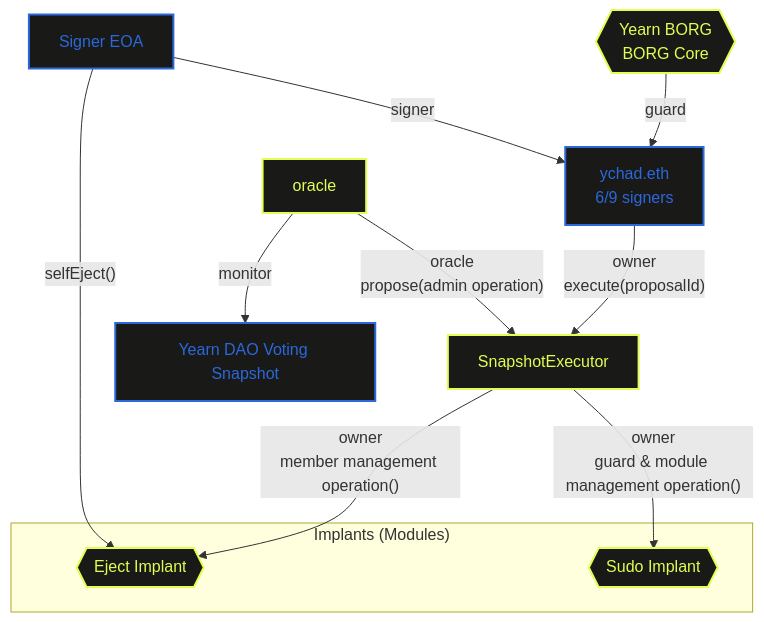
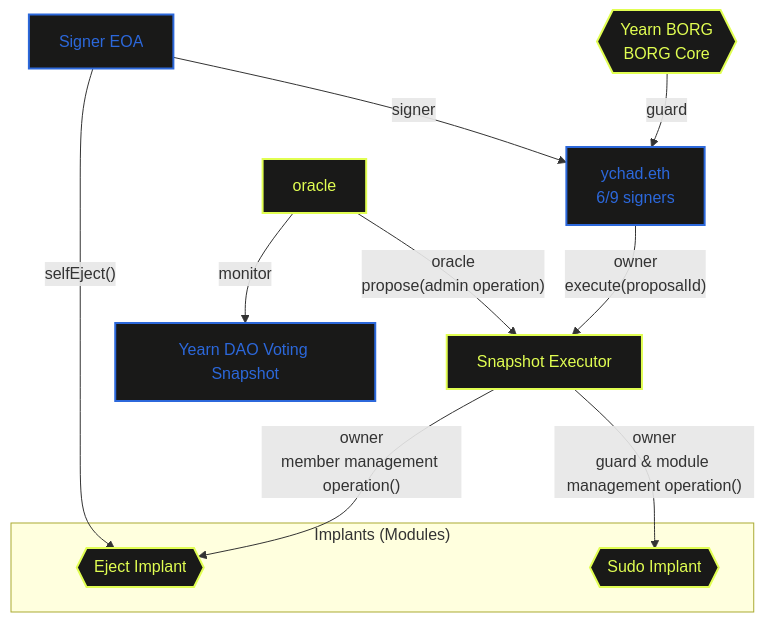
One commit to MetaLex-Tech/borg-core changed the diagram in README-yearnBorg.md. Above: the diagram before and after it, drawn with Mermaid. The commit also changed other lines of this file and 2 other files, not shown here.

````diff
--- a/README-yearnBorg.md
+++ b/README-yearnBorg.md
@@ -5,47 +13,47 @@
 ```mermaid
 graph TD
     ychad[ychad.eth<br/>6/9 signers]
     ychadSigner[Signer EOA]
     yearnDaoVoting[Yearn DAO Voting Snapshot]
     
     oracleAddr[oracle]
     
     borg{{Yearn BORG<br>BORG Core}}
 
     subgraph implants["Implants (Modules)"]
         ejectImplant{{Eject Implant}}
         sudoImplant{{Sudo Implant}}
     end
      
-    snapshotExecutor[SnapshotExecutor]
+    snapshotExecutor[Snapshot Executor]
     
     borg -->|"guard"| ychad
 
     ychad -->|"owner<br>execute(proposalId)"| snapshotExecutor
     
     %% implants -->|modules| ychad
     
     ychadSigner -->|signer| ychad
     ychadSigner -->|"selfEject()"| ejectImplant
 
     oracleAddr -->|"oracle<br>propose(admin operation)"| snapshotExecutor      
     oracleAddr -->|monitor| yearnDaoVoting
     
     snapshotExecutor -->|"owner<br>guard & module management operation()"| sudoImplant
     snapshotExecutor -->|"owner<br>member management operation()"| ejectImplant
     
     %% Styling (optional, Mermaid supports limited styling)
     classDef default fill:#191918,stroke:#fff,stroke-width:2px,color:#fff;
     classDef borg fill:#191918,stroke:#E1FE52,stroke-width:2px,color:#E1FE52;
     classDef yearn fill:#191918,stroke:#2C68DB,stroke-width:2px,color:#2C68DB;
     classDef safe fill:#191918,stroke:#76FB8D,stroke-width:2px,color:#76FB8D;
     classDef todo fill:#191918,stroke:#F09B4A,stroke-width:2px,color:#F09B4A;
     class borg borg;
     class ejectImplant borg;
     class sudoImplant borg;
     class snapshotExecutor borg;
     class oracleAddr borg;
     class ychad yearn;
     class ychadSigner yearn;
     class yearnDaoVoting yearn;
 ```
````
